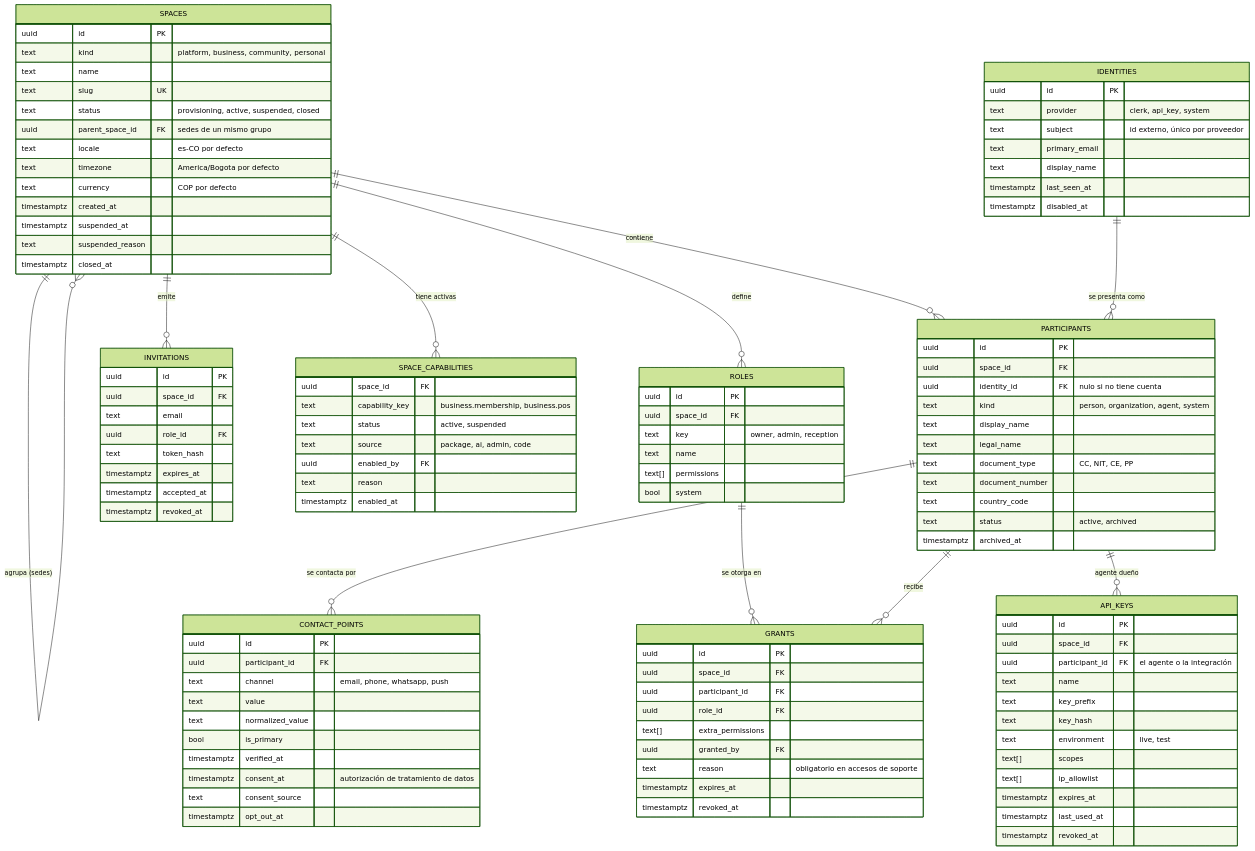
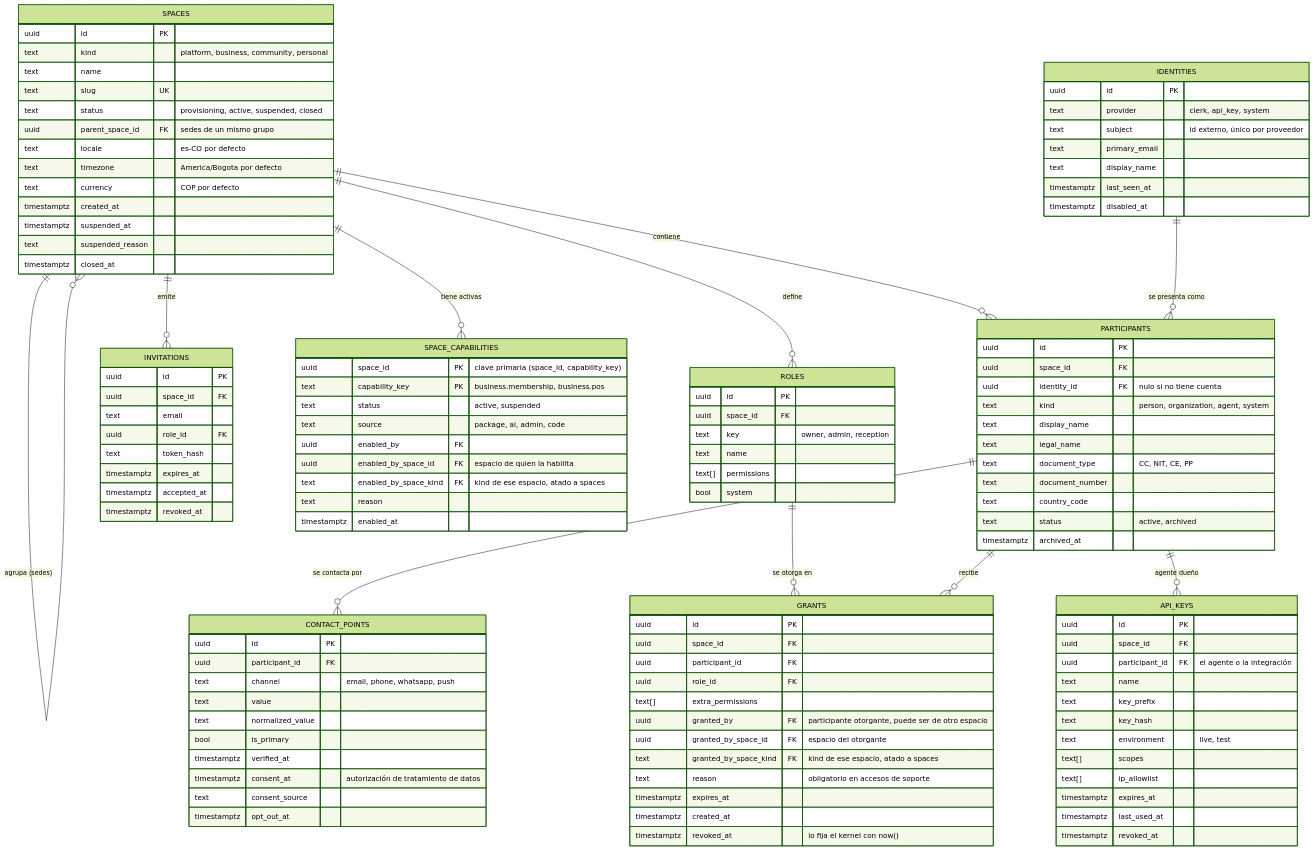
The first of 4 diagrams in docs/02-arquitectura/modelo-de-datos/kernel.md (NexusThrive/nexusthrive), drawn with Mermaid (forest theme) before and after one commit. The commit also changed other lines of this file and 2 other files, not shown here.

Commit message:
docs(kernel): document grants, capabilities and access audit
Updates the kernel data model, marks resources-07 done and grants-05 in review.

```diff
--- a/docs/02-arquitectura/modelo-de-datos/kernel.md
+++ b/docs/02-arquitectura/modelo-de-datos/kernel.md
@@ -102,10 +102,13 @@
         uuid participant_id FK
         uuid role_id FK
         text[] extra_permissions
-        uuid granted_by FK
+        uuid granted_by FK "participante otorgante, puede ser de otro espacio"
+        uuid granted_by_space_id FK "espacio del otorgante"
+        text granted_by_space_kind FK "kind de ese espacio, atado a spaces"
         text reason "obligatorio en accesos de soporte"
         timestamptz expires_at
-        timestamptz revoked_at
+        timestamptz created_at
+        timestamptz revoked_at "lo fija el kernel con now()"
     }
     INVITATIONS {
         uuid id PK
@@ -132,11 +135,13 @@
         timestamptz revoked_at
     }
     SPACE_CAPABILITIES {
-        uuid space_id FK
-        text capability_key "business.membership, business.pos"
+        uuid space_id PK "clave primaria (space_id, capability_key)"
+        text capability_key PK "business.membership, business.pos"
         text status "active, suspended"
         text source "package, ai, admin, code"
         uuid enabled_by FK
+        uuid enabled_by_space_id FK "espacio de quien la habilita"
+        text enabled_by_space_kind FK "kind de ese espacio, atado a spaces"
         text reason
         timestamptz enabled_at
     }
```
